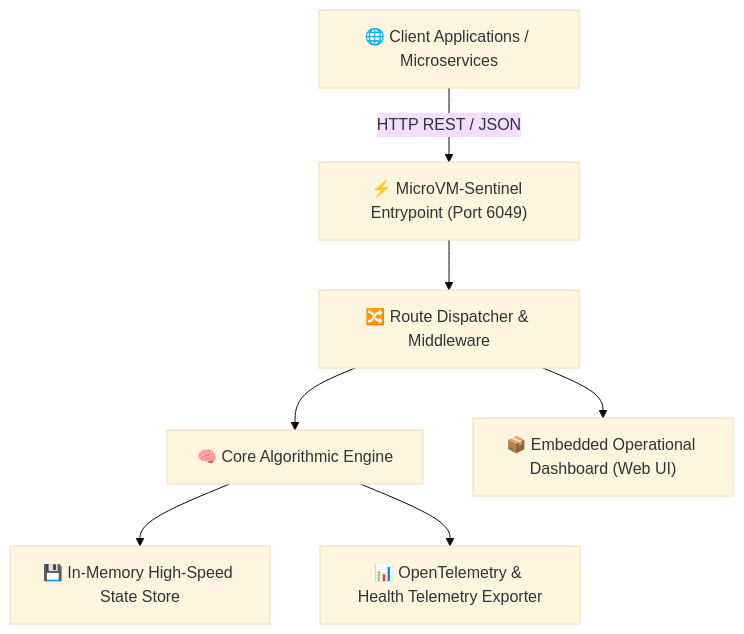
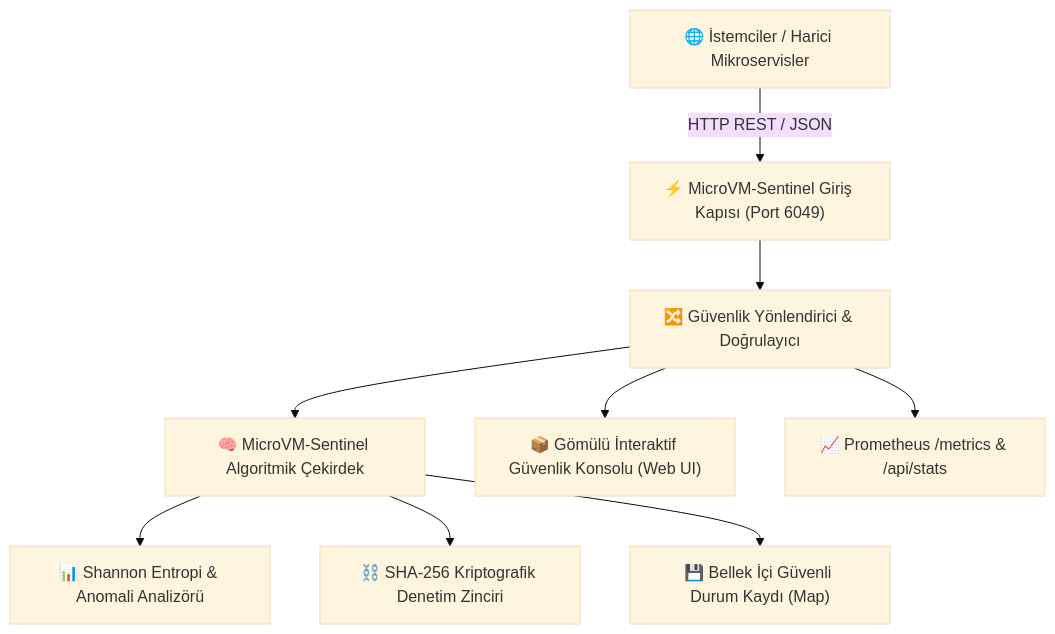
One commit to alinurettin/MicroVM-Sentinel changed the diagram in README.md. Above: the diagram before and after it, drawn with Mermaid (base theme). The commit also changed other lines of this file and 3 other files, not shown here.

````diff
--- a/README.md
+++ b/README.md
@@ -22,9 +53,11 @@
 ```mermaid
 flowchart TD
-    Client["🌐 Client Applications / Microservices"] -->|HTTP REST / JSON| Gateway["⚡ MicroVM-Sentinel Entrypoint (Port 6049)"]
-    Gateway --> Router["🔀 Route Dispatcher & Middleware"]
-    Router --> Engine["🧠 Core Algorithmic Engine"]
-    Engine --> Storage["💾 In-Memory High-Speed State Store"]
-    Router --> Static["📦 Embedded Operational Dashboard (Web UI)"]
-    Engine --> Metrics["📊 OpenTelemetry & Health Telemetry Exporter"]
+    Client["🌐 İstemciler / Harici Mikroservisler"] -->|HTTP REST / JSON| Entrypoint["⚡ MicroVM-Sentinel Giriş Kapısı (Port 6049)"]
+    Entrypoint --> Dispatcher["🔀 Güvenlik Yönlendirici & Doğrulayıcı"]
+    Dispatcher --> CoreEngine["🧠 MicroVM-Sentinel Algoritmik Çekirdek"]
+    CoreEngine --> Entropy["📊 Shannon Entropi & Anomali Analizörü"]
+    CoreEngine --> HashChain["⛓️ SHA-256 Kriptografik Denetim Zinciri"]
+    CoreEngine --> Storage["💾 Bellek İçi Güvenli Durum Kaydı (Map)"]
+    Dispatcher --> WebUI["📦 Gömülü İnteraktif Güvenlik Konsolu (Web UI)"]
+    Dispatcher --> Telemetry["📈 Prometheus /metrics & /api/stats"]
 ```
````
